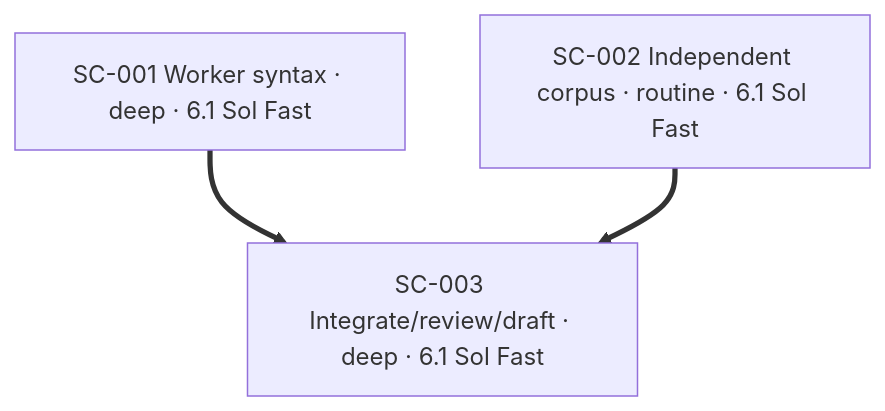
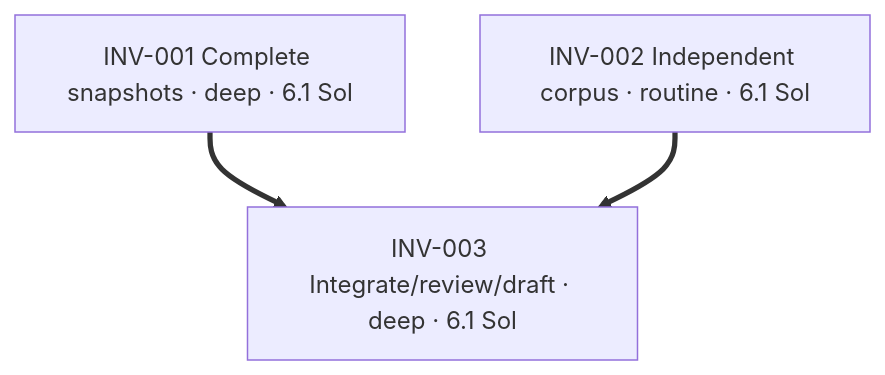
Before and after one commit to vu1n/kypp: the diagram in PLAN.md, drawn with Mermaid. The commit also changed other lines of this file, not shown here.

Commit message:
Plan complete source-inventory checks

````diff
--- a/PLAN.md
+++ b/PLAN.md
@@ -150,5 +112,5 @@
 ```mermaid
 flowchart TD
-    SC_001["SC-001 Worker syntax · deep · 6.1 Sol Fast"] ==> SC_003["SC-003 Integrate/review/draft · deep · 6.1 Sol Fast"]
-    SC_002["SC-002 Independent corpus · routine · 6.1 Sol Fast"] ==> SC_003
+    INV_001["INV-001 Complete snapshots · deep · 6.1 Sol"] ==> INV_003["INV-003 Integrate/review/draft · deep · 6.1 Sol"]
+    INV_002["INV-002 Independent corpus · routine · 6.1 Sol"] ==> INV_003
 ```
````
